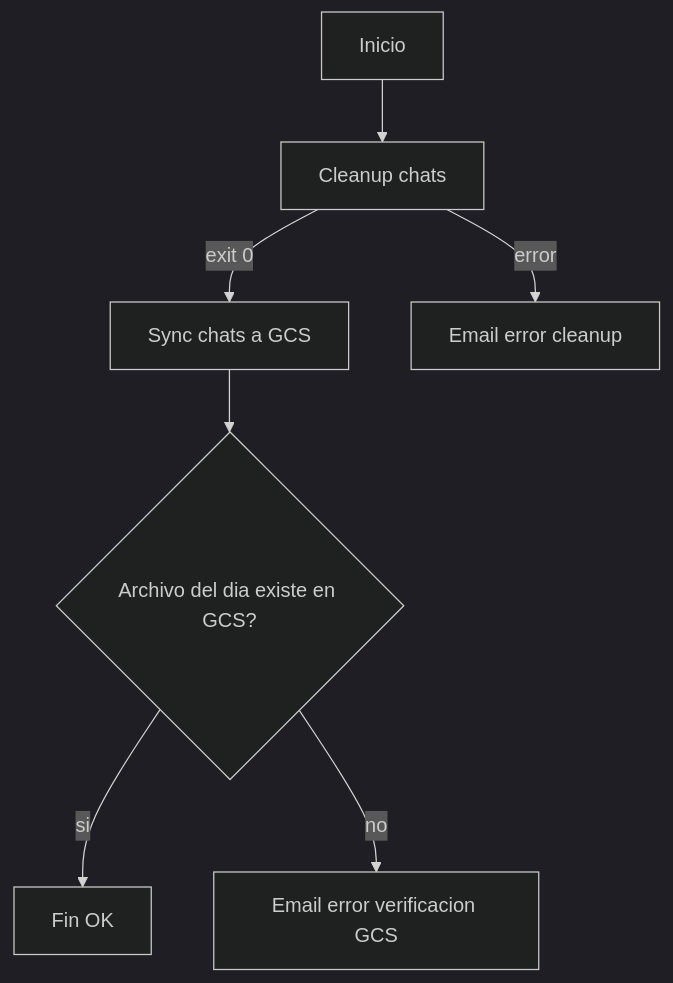
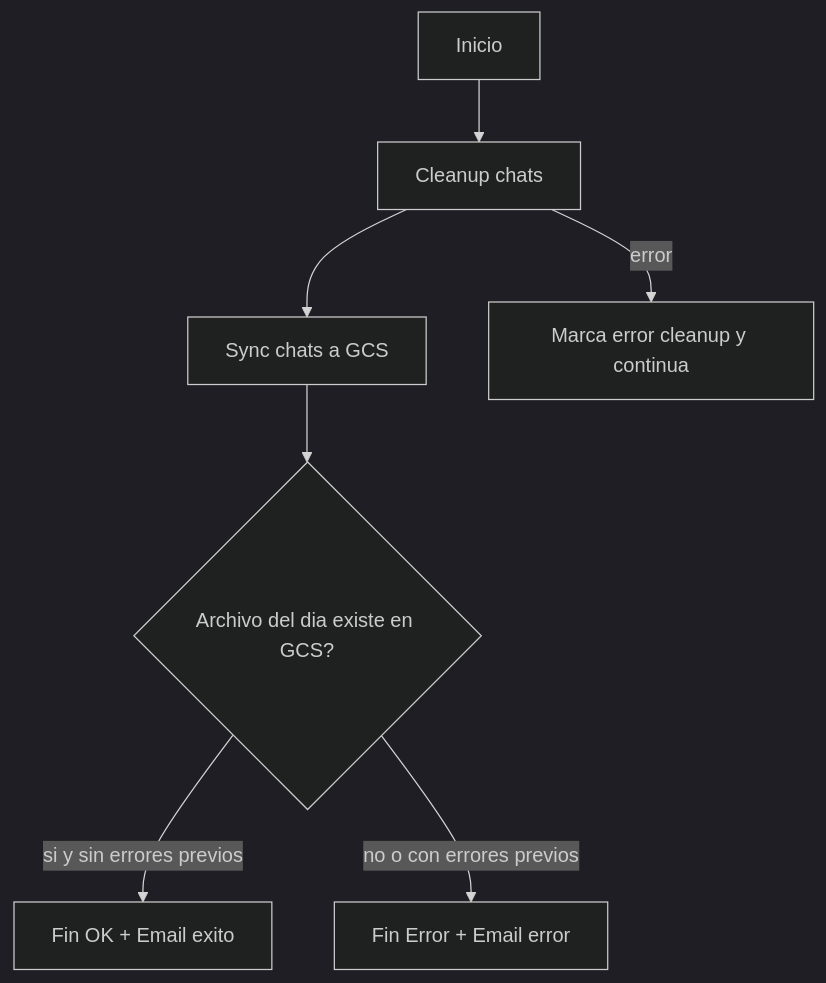
The diagram in Docs_AVI/plan_backup-chats-gcs.md (Edo-Andres/LibreChat-AVI), drawn with Mermaid (dark theme) before and after one commit. The commit also changed other lines of this file, not shown here.

````diff
--- a/Docs_AVI/plan_backup-chats-gcs.md
+++ b/Docs_AVI/plan_backup-chats-gcs.md
@@ -11,9 +17,9 @@
 ```mermaid
 flowchart TD
   A[Inicio] --> B[Cleanup chats]
-  B -->|exit 0| C[Sync chats a GCS]
-  B -->|error| E[Email error cleanup]
+  B --> C[Sync chats a GCS]
+  B -->|error| E[Marca error cleanup y continua]
   C --> D{Archivo del dia existe en GCS?}
-  D -->|si| F[Fin OK]
-  D -->|no| G[Email error verificacion GCS]
+  D -->|si y sin errores previos| F[Fin OK + Email exito]
+  D -->|no o con errores previos| G[Fin Error + Email error]
 ```
````
